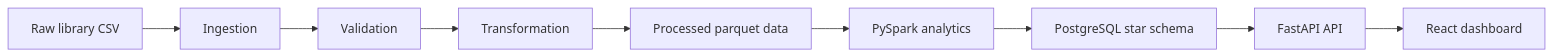
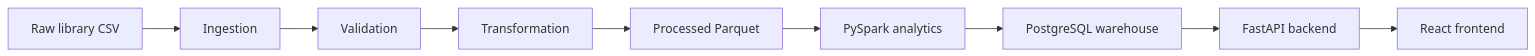
Before and after one commit to priyal7119/LibraSight: the diagram in README.md, drawn with Mermaid. The commit also changed other lines of this file and 19 other files, not shown here.

````diff
--- a/README.md
+++ b/README.md
@@ -111,11 +84,11 @@
 ```mermaid
 flowchart LR
     RAW[Raw library CSV] --> INGEST[Ingestion]
     INGEST --> VALIDATE[Validation]
-    VALIDATE --> CLEAN[Transformation]
-    CLEAN --> PARQUET[Processed parquet data]
+    VALIDATE --> TRANSFORM[Transformation]
+    TRANSFORM --> PARQUET[Processed Parquet]
     PARQUET --> SPARK[PySpark analytics]
-    SPARK --> DB[PostgreSQL star schema]
-    DB --> API[FastAPI API]
-    API --> UI[React dashboard]
+    SPARK --> DB[PostgreSQL warehouse]
+    DB --> API[FastAPI backend]
+    API --> UI[React frontend]
 ```
````
